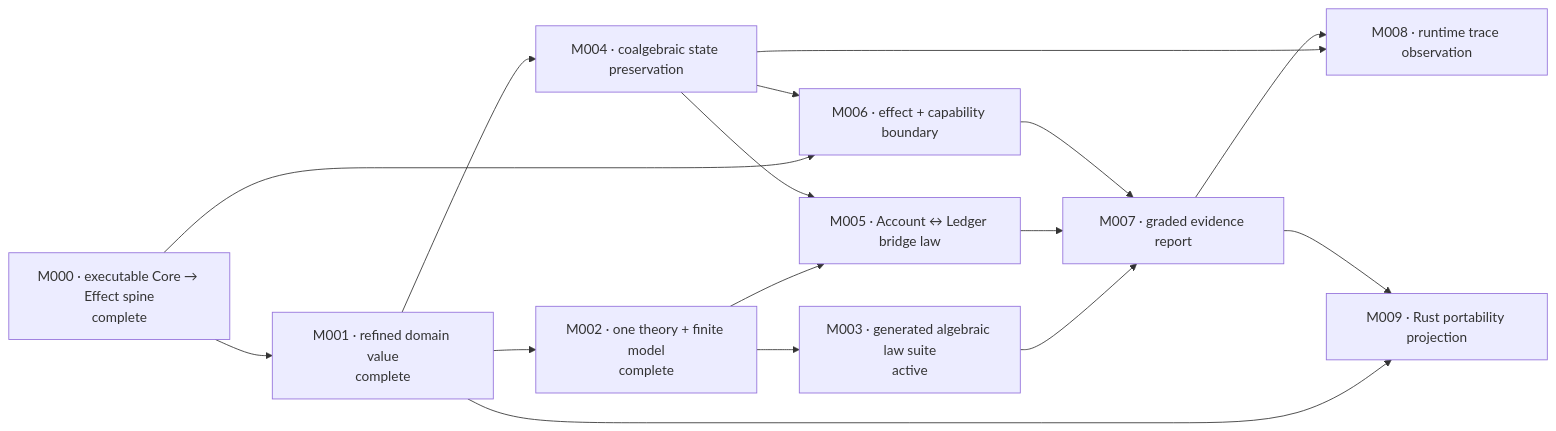
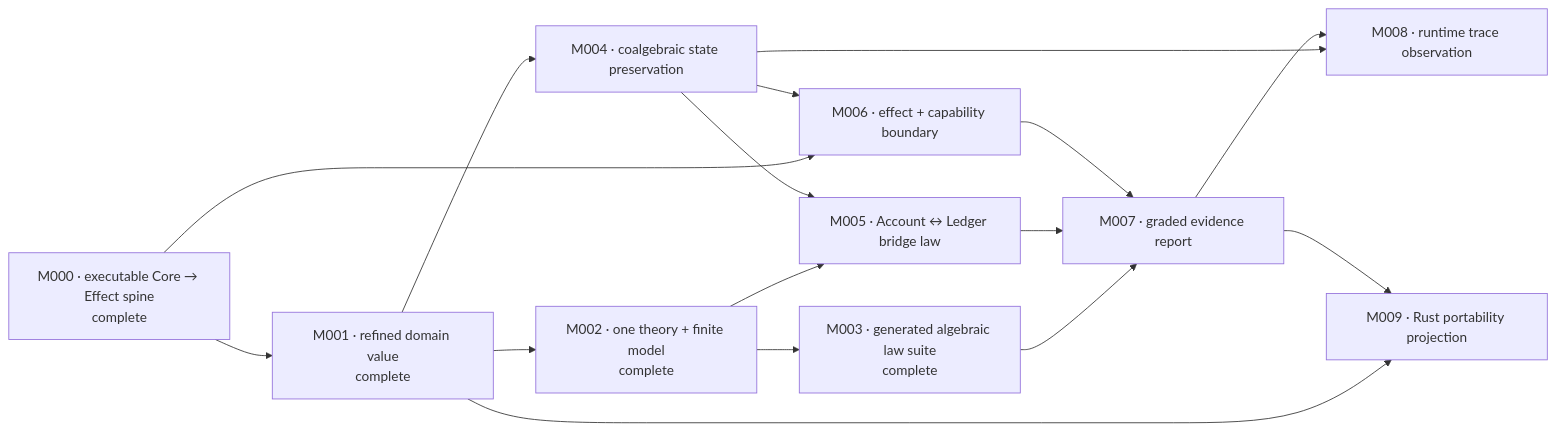
One commit to phibkro/bang-project changed the diagram in CAPABILITIES.md. Above: the diagram before and after it, drawn with Mermaid. The commit also changed other lines of this file and 2 other files, not shown here.

Commit message:
docs: record M003 completion

````diff
--- a/CAPABILITIES.md
+++ b/CAPABILITIES.md
@@ -5,27 +5,27 @@
 ```mermaid
 flowchart LR
     M000["M000 · executable Core → Effect spine<br/>complete"]
     M001["M001 · refined domain value<br/>complete"]
     M002["M002 · one theory + finite model<br/>complete"]
-    M003["M003 · generated algebraic law suite<br/>active"]
+    M003["M003 · generated algebraic law suite<br/>complete"]
     M004["M004 · coalgebraic state preservation"]
     M005["M005 · Account ↔ Ledger bridge law"]
     M006["M006 · effect + capability boundary"]
     M007["M007 · graded evidence report"]
     M008["M008 · runtime trace observation"]
     M009["M009 · Rust portability projection"]
 
     M000 --> M001 --> M002 --> M003
     M001 --> M004
     M002 --> M005
     M004 --> M005
     M000 --> M006
     M004 --> M006
     M003 --> M007
     M005 --> M007
     M006 --> M007
     M004 --> M008
     M007 --> M008
     M001 --> M009
     M007 --> M009
 ```
````
